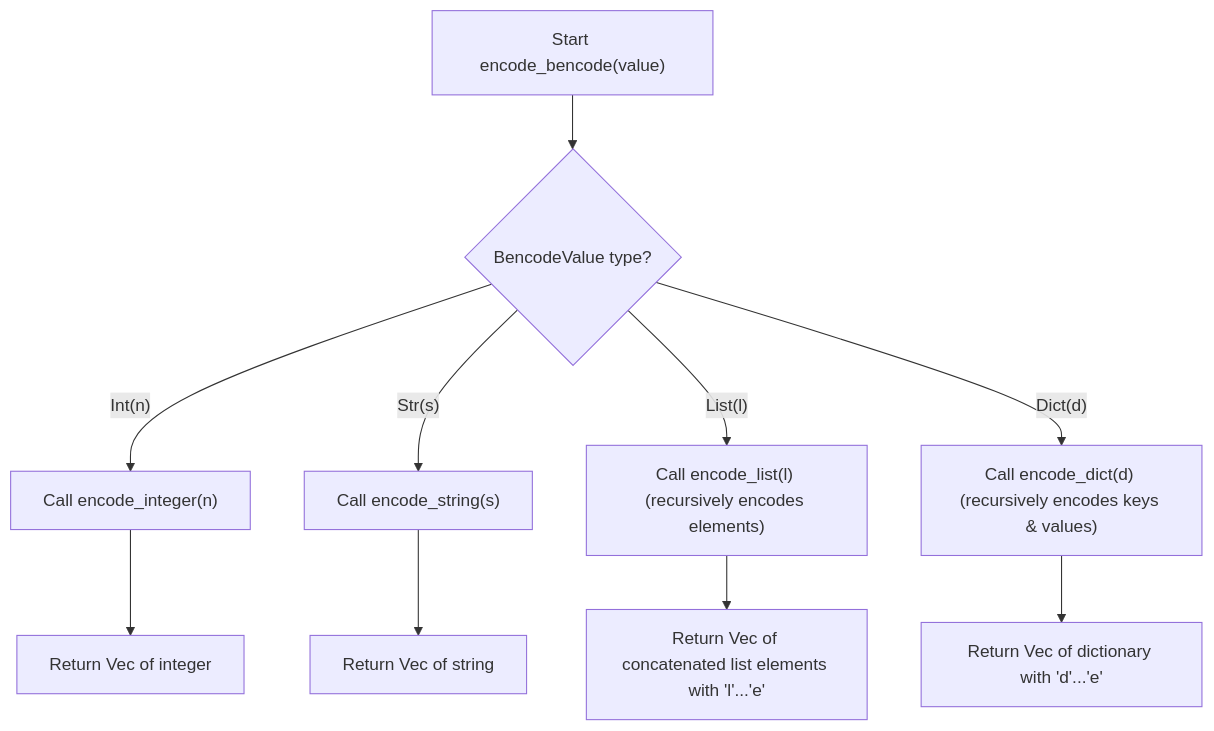
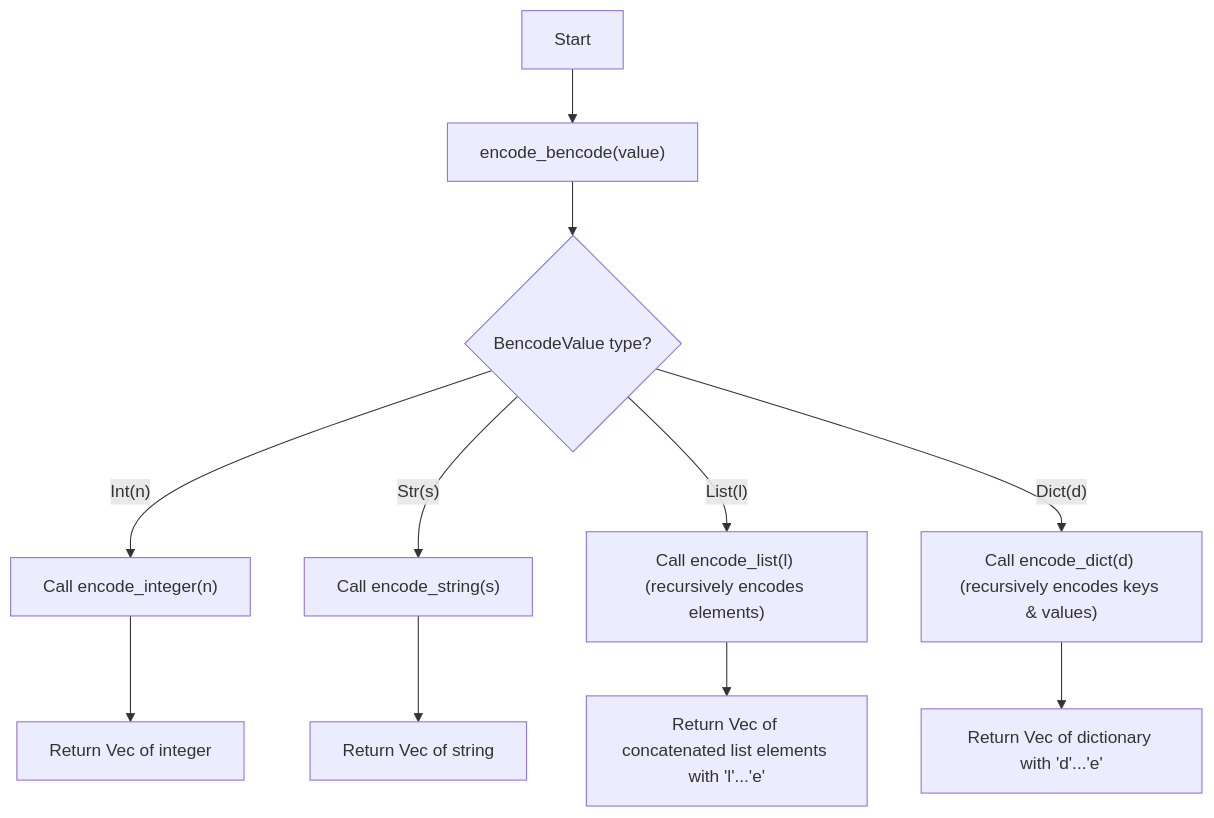
One commit to zarif-ahnaf/bittorrent-rust changed the first of 2 diagrams in docs/src/architecture.md. Above: the diagram before and after it, drawn with Mermaid. The commit also changed other lines of this file and 9 other files, not shown here.

````diff
--- a/docs/src/architecture.md
+++ b/docs/src/architecture.md
@@ -9,17 +9,19 @@
 ```mermaid
 flowchart TD
-    A["Start encode_bencode(value)"] --> B{"BencodeValue type?"}
+    Start --> A["encode_bencode(value)"]
+    A --> B{"BencodeValue type?"}
 
     B -- "Int(n)" --> C1["Call encode_integer(n)"]
     C1 --> D1["Return Vec<u8> of integer"]
 
     B -- "Str(s)" --> C2["Call encode_string(s)"]
     C2 --> D2["Return Vec<u8> of string"]
 
     B -- "List(l)" --> C3["Call encode_list(l) (recursively encodes elements)"]
     C3 --> D3["Return Vec<u8> of concatenated list elements with 'l'...'e'"]
 
     B -- "Dict(d)" --> C4["Call encode_dict(d) (recursively encodes keys & values)"]
     C4 --> D4["Return Vec<u8> of dictionary with 'd'...'e'"]
 
+
 ```
````
